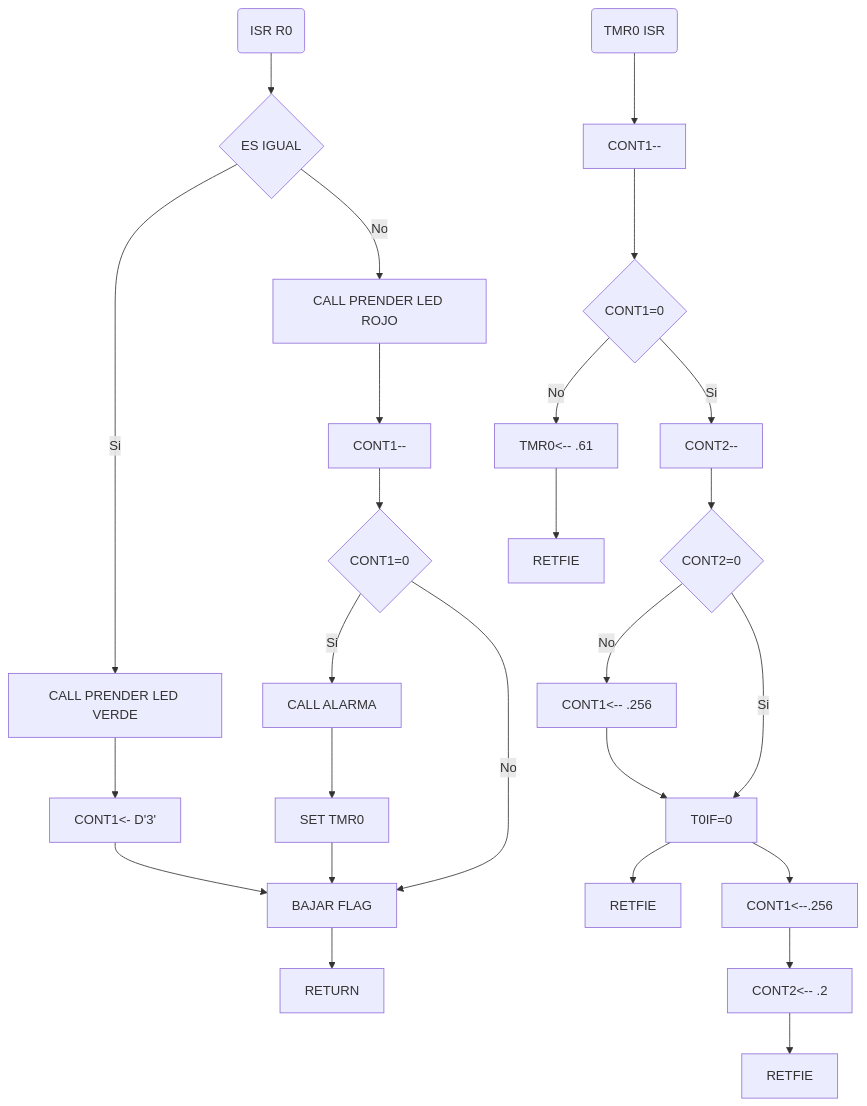
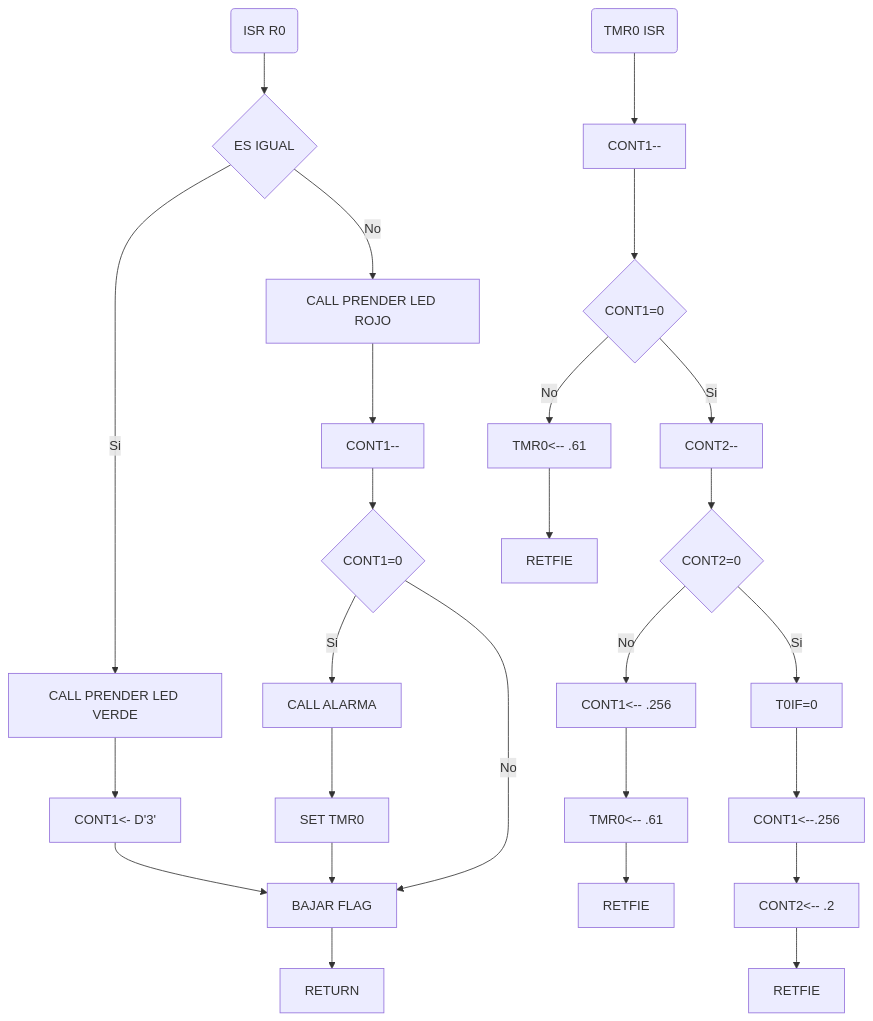
Before and after one commit to w3rqil/electronicaDigital_II: the second of 2 diagrams in README.md, drawn with Mermaid.

````diff
--- a/README.md
+++ b/README.md
@@ -25,25 +25,25 @@
   ```mermaid
   flowchart TD
  ISRR0(ISR R0)-->J[CALL COMPARAR]
     J{ES IGUAL}-->|Si|K[CALL PRENDER LED VERDE]
     K-->CONT1[CONT1<- D'3']
     J-->|No|ROJO[CALL PRENDER LED ROJO]
     ROJO-->L[CONT1--]
     L-->M{CONT1=0}
     M-->|Si|N[CALL ALARMA]-->R[SET TMR0]
     R-->S[BAJAR FLAG]
     M-->|No|S
     CONT1-->S
     S-->T[RETURN]
     
     A(TMR0 ISR) --> B[CONT1--]
     B-->C{CONT1=0}-->|No|D[TMR0<-- .61]-->ret[RETFIE]
     C-->|Si|E[CONT2--]
     E-->F{CONT2=0}-->|No|CI[CONT1<-- .256]
-    CI-->G[TMR0<-- .61]-->RETU[RETFIE]
+    CI-->GI[TMR0<-- .61]-->RETU[RETFIE]
     F-->|Si|G[T0IF=0]
     G-->H[CONT1<--.256]
     H-->I[CONT2<-- .2]
     I-->RETUR[RETFIE]
    
   ```
````
